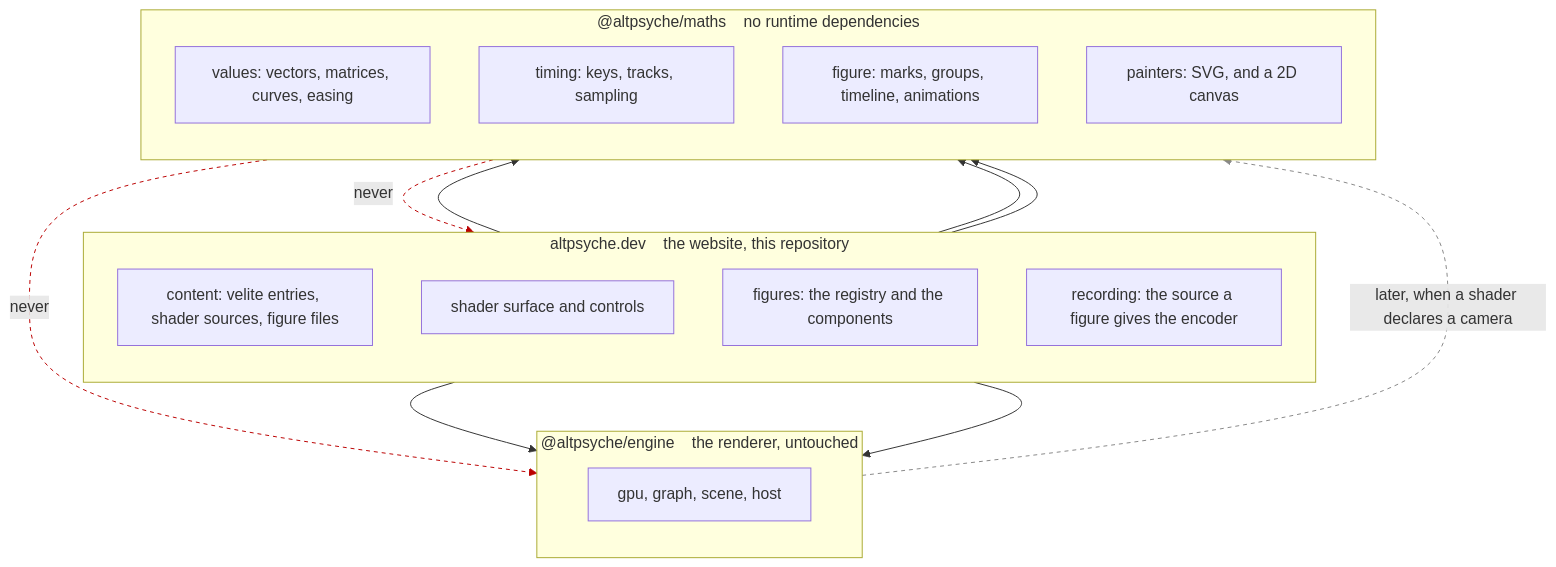
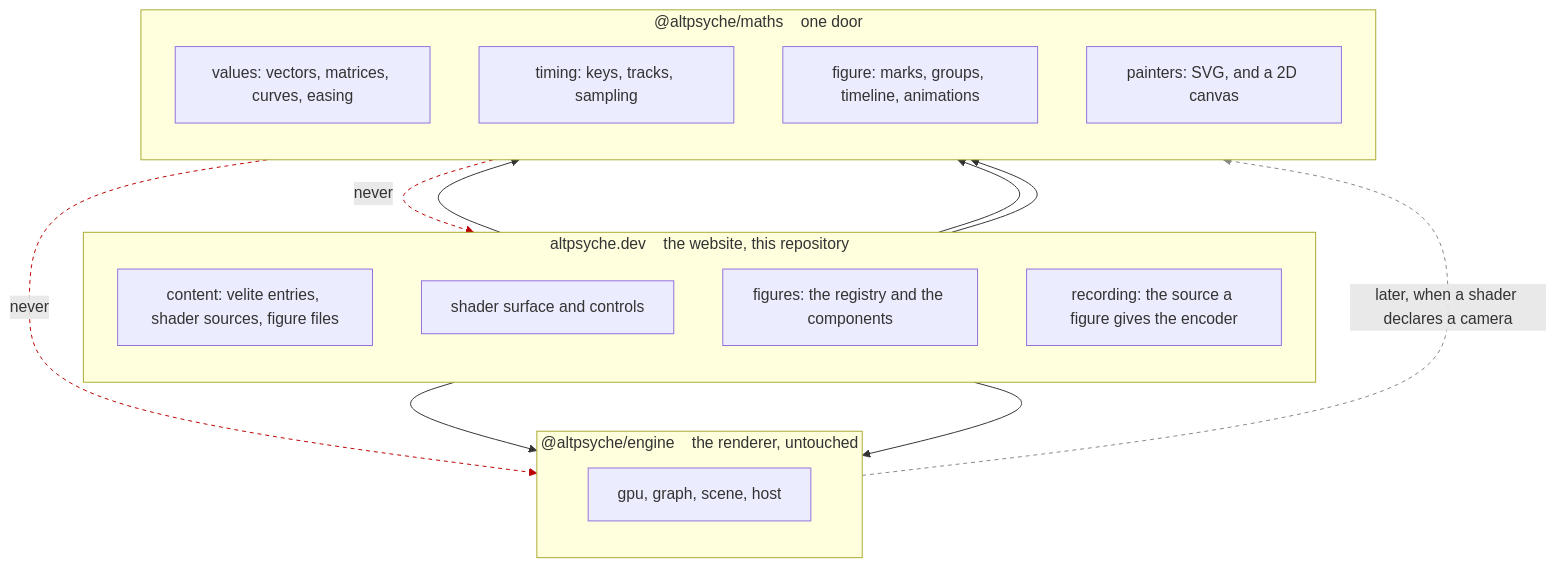
The diagram in DESIGN.md (altpsyche/altpsyche-maths), drawn with Mermaid before and after one commit. The commit also changed other lines of this file and 2 other files, not shown here.

````diff
--- a/DESIGN.md
+++ b/DESIGN.md
@@ -67,36 +67,36 @@
 ```mermaid
 graph TD
   subgraph site["altpsyche.dev &nbsp;&nbsp; the website, this repository"]
     direction TB
     W1["content: velite entries, shader sources, figure files"]
     W2["shader surface and controls"]
     W3["figures: the registry and the components"]
     W4["recording: the source a figure gives the encoder"]
   end
 
   subgraph engine["@altpsyche/engine &nbsp;&nbsp; the renderer, untouched"]
     direction TB
     E1["gpu, graph, scene, host"]
   end
 
-  subgraph maths["@altpsyche/maths &nbsp;&nbsp; no runtime dependencies"]
+  subgraph maths["@altpsyche/maths &nbsp;&nbsp; one door"]
     direction TB
     M1["values: vectors, matrices, curves, easing"]
     M2["timing: keys, tracks, sampling"]
     M3["figure: marks, groups, timeline, animations"]
     M4["painters: SVG, and a 2D canvas"]
   end
 
   W2 --> engine
   W4 --> engine
   W3 --> maths
   W4 --> maths
   W2 --> maths
 
   engine -. "later, when a shader declares a camera" .-> maths
   maths -. "never" .-> engine
   maths -. "never" .-> site
 
   linkStyle 5 stroke-dasharray:4,stroke:#888
   linkStyle 6,7 stroke-dasharray:4,stroke:#b00
 ```
````
